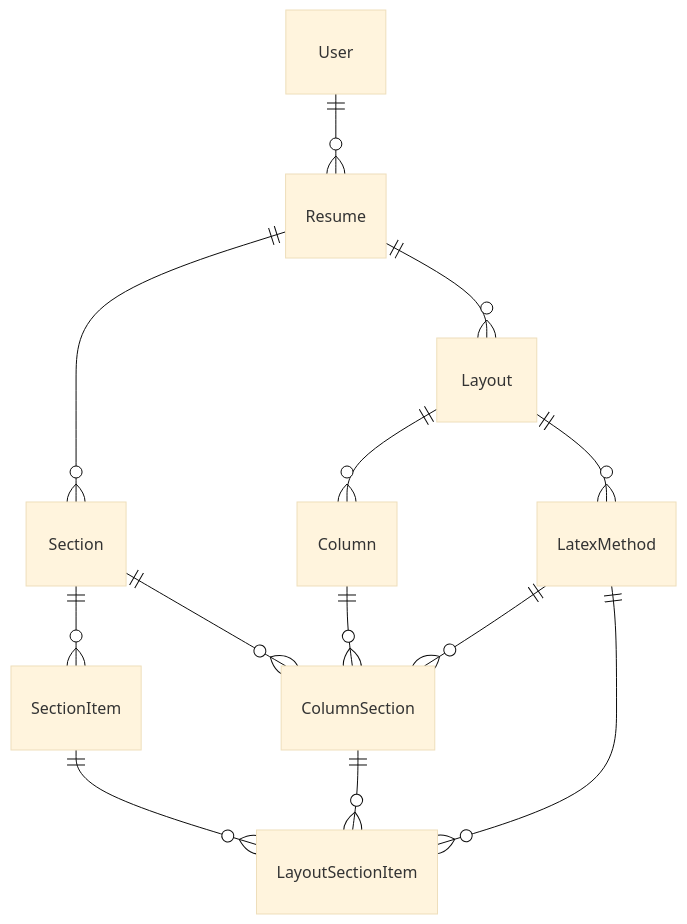
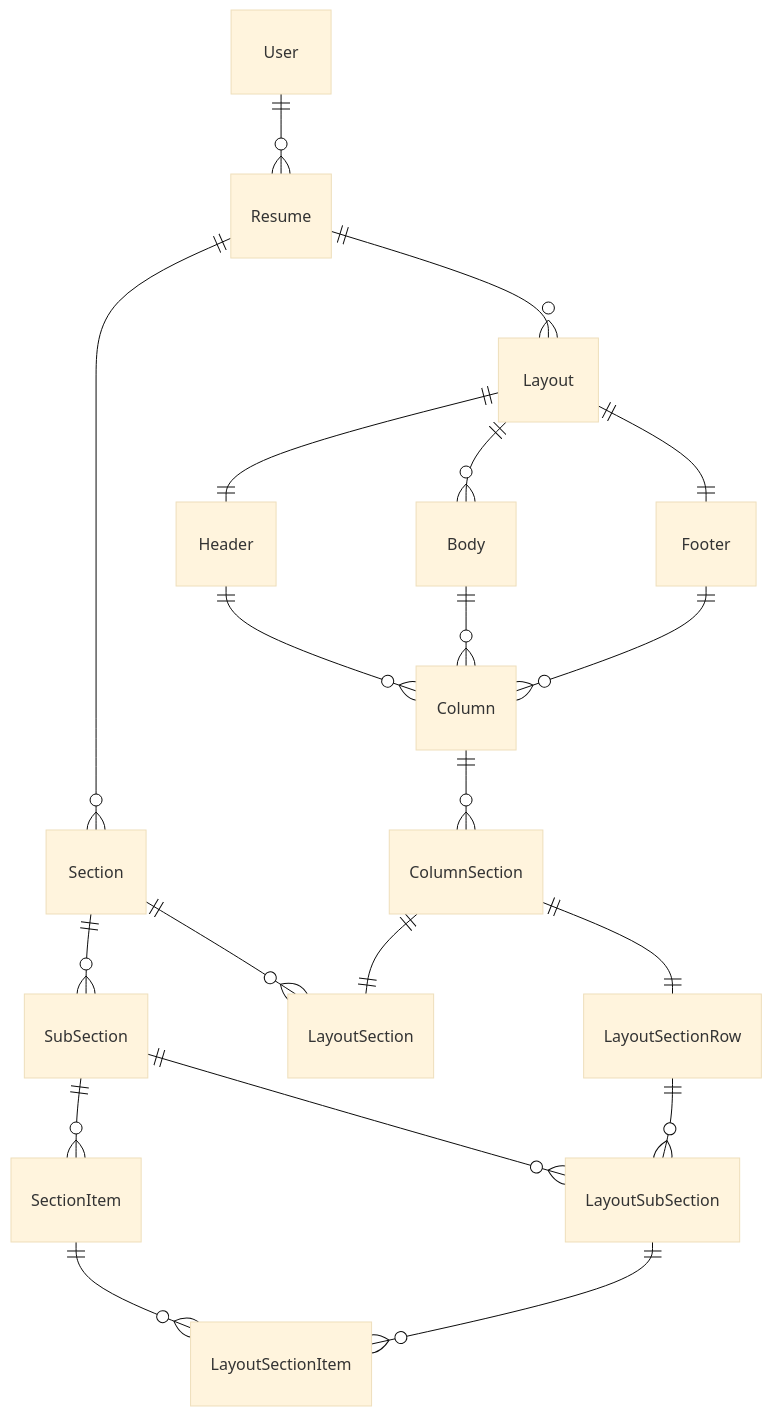
The diagram in doc/model.md (Guillaumecoi/Resume-builder), drawn with Mermaid (base theme) before and after one commit. The commit also changed other lines of this file, not shown here.

````diff
--- a/doc/model.md
+++ b/doc/model.md
@@ -6,15 +8,23 @@
 ```mermaid
 erDiagram
     User ||--o{ Resume : ""
     Resume ||--o{ Section : ""
-    Section ||--o{ SectionItem : ""
     Resume ||--o{ Layout : ""
-    Layout ||--o{ Column : ""
-    Layout ||--o{ LatexMethod : ""
+    Section ||--o{ SubSection : ""
+    Section ||--o{ LayoutSection : ""
+    SubSection ||--o{ SectionItem : ""
+    SubSection ||--o{ LayoutSubSection : ""
+    SectionItem ||--o{ LayoutSectionItem : ""
+    Layout ||--|| Header : ""
+    Layout ||--o{ Body : ""
+    Layout ||--|| Footer : ""
+    Header ||--o{ Column : ""
+    Body ||--o{ Column : ""
+    Footer ||--o{ Column : ""
     Column ||--o{ ColumnSection : ""
-    Section ||--o{ ColumnSection : ""
-    LatexMethod ||--o{ ColumnSection : ""
-    SectionItem ||--o{ LayoutSectionItem : ""
-    LatexMethod ||--o{ LayoutSectionItem : ""
-    ColumnSection ||--o{ LayoutSectionItem : ""
+    ColumnSection ||--|| LayoutSection : ""
+    ColumnSection ||--|| LayoutSectionRow : ""
+    LayoutSectionRow ||--o{ LayoutSubSection : ""
+    LayoutSubSection ||--o{ LayoutSectionItem : ""
+    
 ```
````
